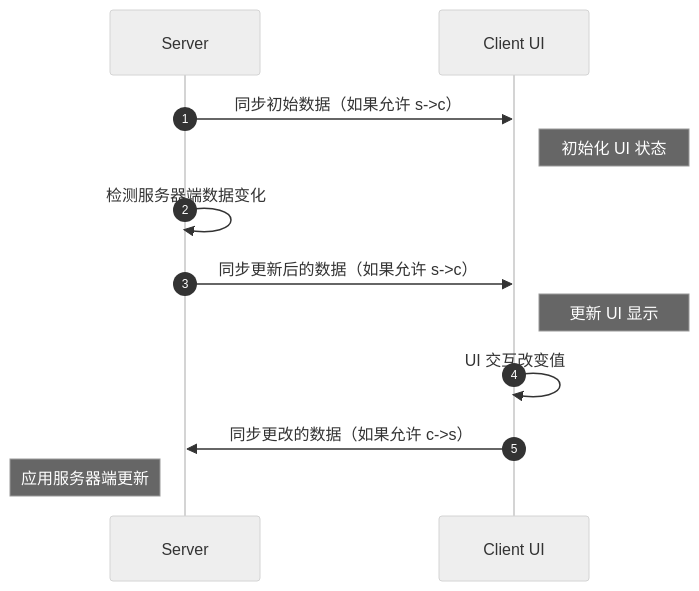
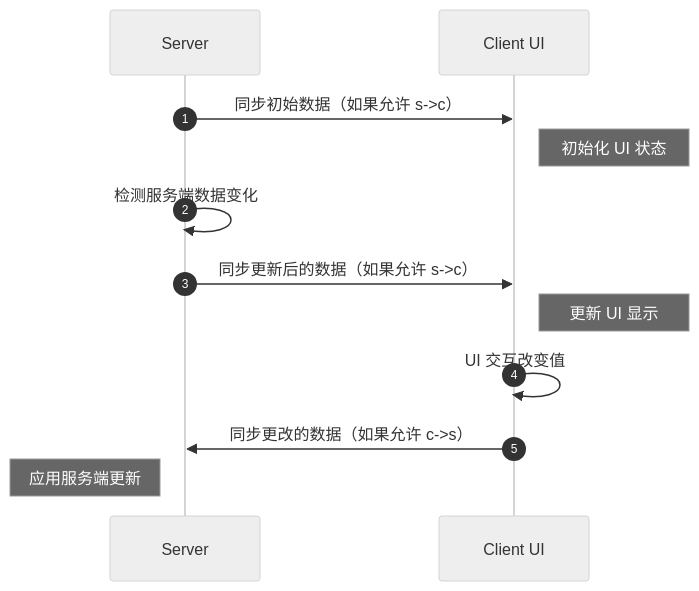
Before and after one commit to Low-Drag-MC/LowDragMC-Doc: the diagram in docs/zh/ldlib2/ui/preliminary/data_bindings.md, drawn with Mermaid (neutral theme). The commit also changed other lines of this file and 104 other files, not shown here.

````diff
--- a/docs/zh/ldlib2/ui/preliminary/data_bindings.md
+++ b/docs/zh/ldlib2/ui/preliminary/data_bindings.md
@@ -109,14 +185,14 @@
 ```mermaid
 sequenceDiagram
   autonumber
   Server->>Client UI: 同步初始数据（如果允许 s->c）
   Note right of Client UI: 初始化 UI 状态
-  Server->>Server: 检测服务器端数据变化
+  Server->>Server: 检测服务端数据变化
   Server->>Client UI: 同步更新后的数据（如果允许 s->c）
   Note right of Client UI: 更新 UI 显示
 
   Client UI->>Client UI: UI 交互改变值
   Client UI->>Server: 同步更改的数据（如果允许 c->s）
-  Note left of Server: 应用服务器端更新
+  Note left of Server: 应用服务端更新
 
 ```
````
